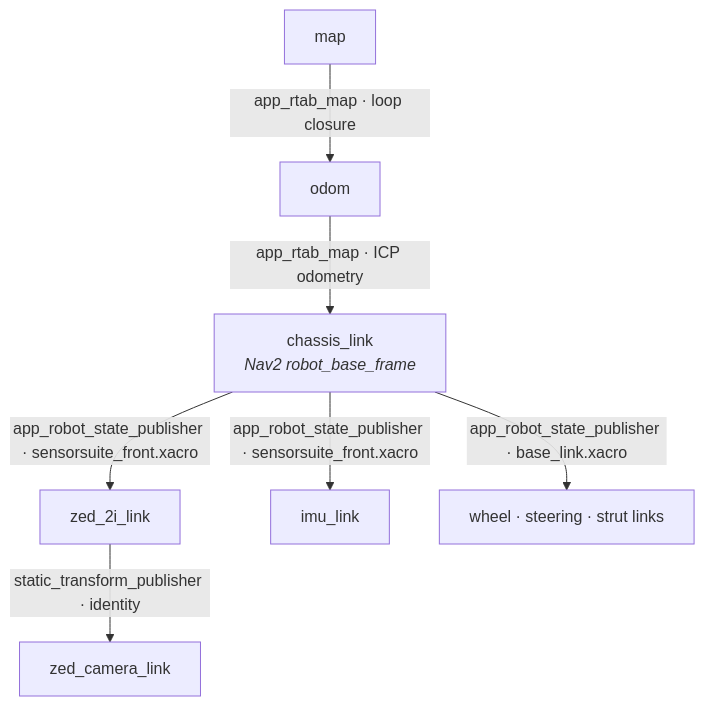
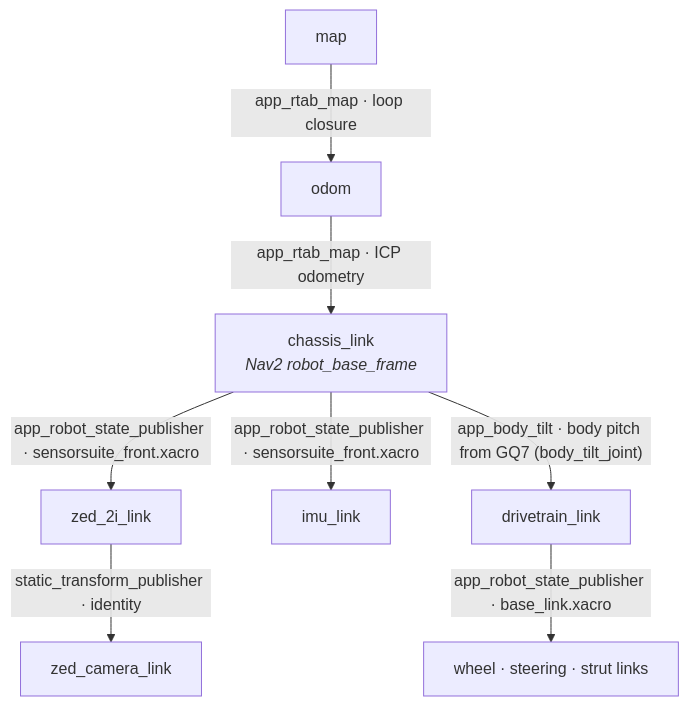
Before and after one commit to PaulMDavid/navigation_ws: the third of 3 diagrams in ARCHITECTURE.md, drawn with Mermaid. The commit also changed other lines of this file and 10 other files, not shown here.

First line of the commit message:
feat(body_tilt): pitch the body on the drivetrain from the GQ7

````diff
--- a/ARCHITECTURE.md
+++ b/ARCHITECTURE.md
@@ -110,17 +110,18 @@
 ```mermaid
 flowchart TD
   map["map"]
   odom["odom"]
   chassis["chassis_link<br/><i>Nav2 robot_base_frame</i>"]
   zed["zed_2i_link"]
   imu["imu_link"]
   links["wheel · steering · strut links"]
   zedcam["zed_camera_link"]
 
   map -->|"app_rtab_map · loop closure"| odom
   odom -->|"app_rtab_map · ICP odometry"| chassis
   chassis -->|"app_robot_state_publisher · sensorsuite_front.xacro"| zed
   chassis -->|"app_robot_state_publisher · sensorsuite_front.xacro"| imu
-  chassis -->|"app_robot_state_publisher · base_link.xacro"| links
+  chassis -->|"app_body_tilt · body pitch from GQ7 (body_tilt_joint)"| drivetrain["drivetrain_link"]
+  drivetrain -->|"app_robot_state_publisher · base_link.xacro"| links
   zed -->|"static_transform_publisher · identity"| zedcam
 ```
````
